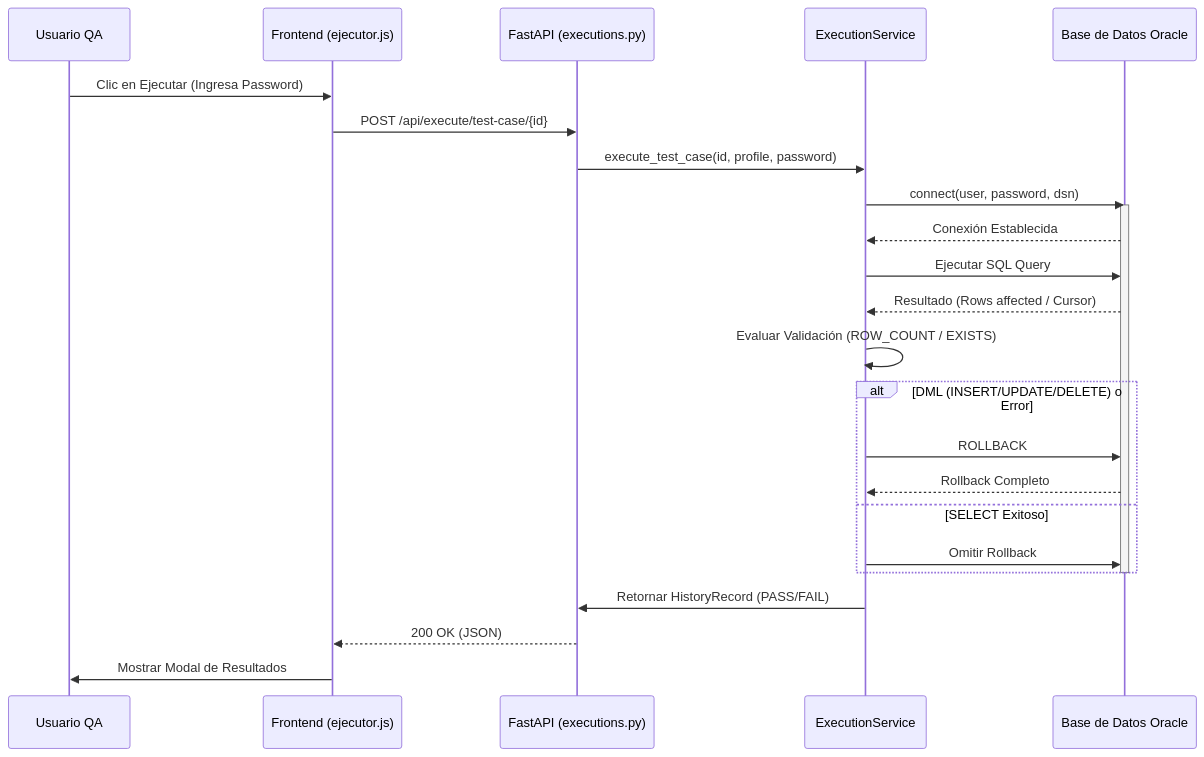
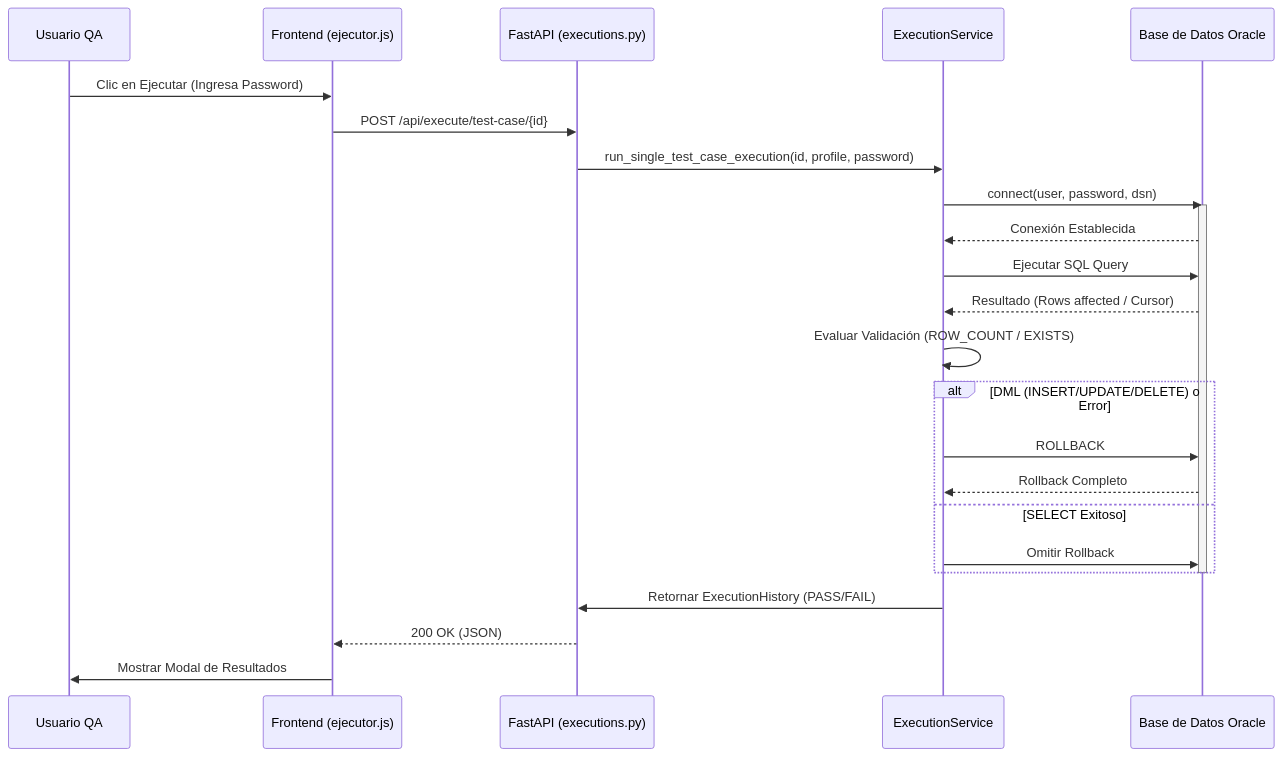
The diagram in framework-pruebas-sql/docs/diagramas/secuencia.mermaid (Geraldzvallos/framework-pruebas-sql-publico), drawn with Mermaid before and after one commit. The commit also changed 11 other files, not shown here.

```diff
--- a/framework-pruebas-sql/docs/diagramas/secuencia.mermaid
+++ b/framework-pruebas-sql/docs/diagramas/secuencia.mermaid
@@ -1,26 +1,26 @@
 sequenceDiagram
     participant User as Usuario QA
     participant UI as Frontend (ejecutor.js)
     participant API as FastAPI (executions.py)
     participant Service as ExecutionService
     participant Oracle as Base de Datos Oracle
 
     User->>UI: Clic en Ejecutar (Ingresa Password)
     UI->>API: POST /api/execute/test-case/{id}
-    API->>Service: execute_test_case(id, profile, password)
+    API->>Service: run_single_test_case_execution(id, profile, password)
     Service->>Oracle: connect(user, password, dsn)
     activate Oracle
     Oracle-->>Service: Conexión Establecida
     Service->>Oracle: Ejecutar SQL Query
     Oracle-->>Service: Resultado (Rows affected / Cursor)
     Service->>Service: Evaluar Validación (ROW_COUNT / EXISTS)
     alt DML (INSERT/UPDATE/DELETE) o Error
         Service->>Oracle: ROLLBACK
         Oracle-->>Service: Rollback Completo
     else SELECT Exitoso
         Service->>Oracle: Omitir Rollback
     end
     deactivate Oracle
-    Service->>API: Retornar HistoryRecord (PASS/FAIL)
+    Service->>API: Retornar ExecutionHistory (PASS/FAIL)
     API-->>UI: 200 OK (JSON)
     UI->>User: Mostrar Modal de Resultados
```
